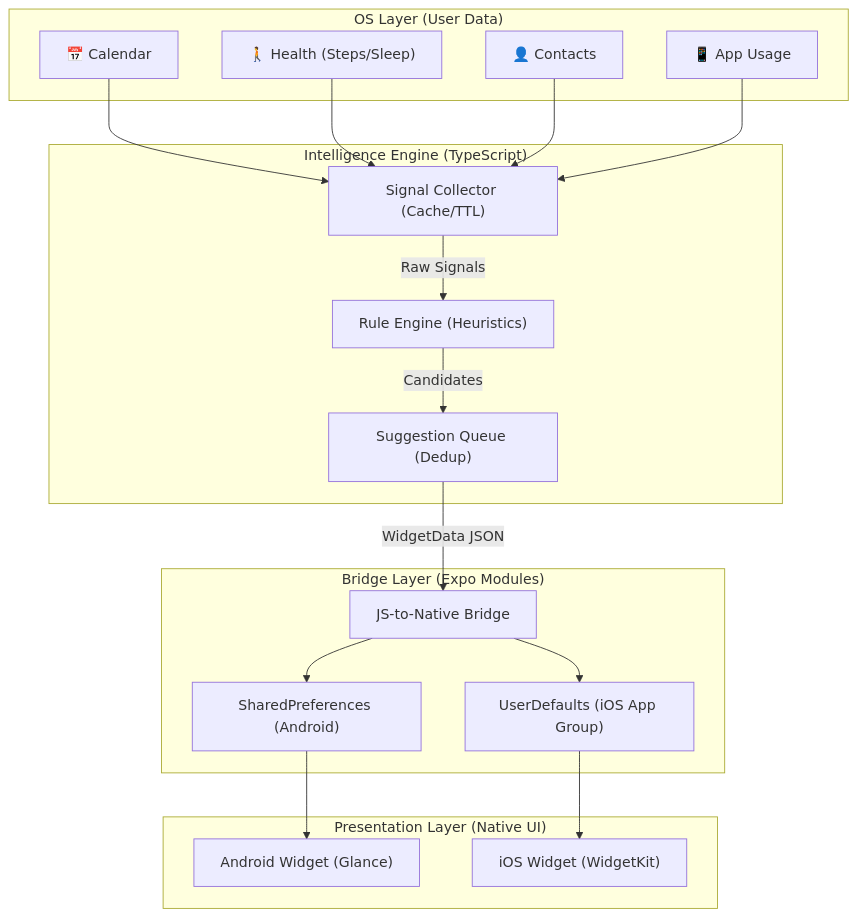
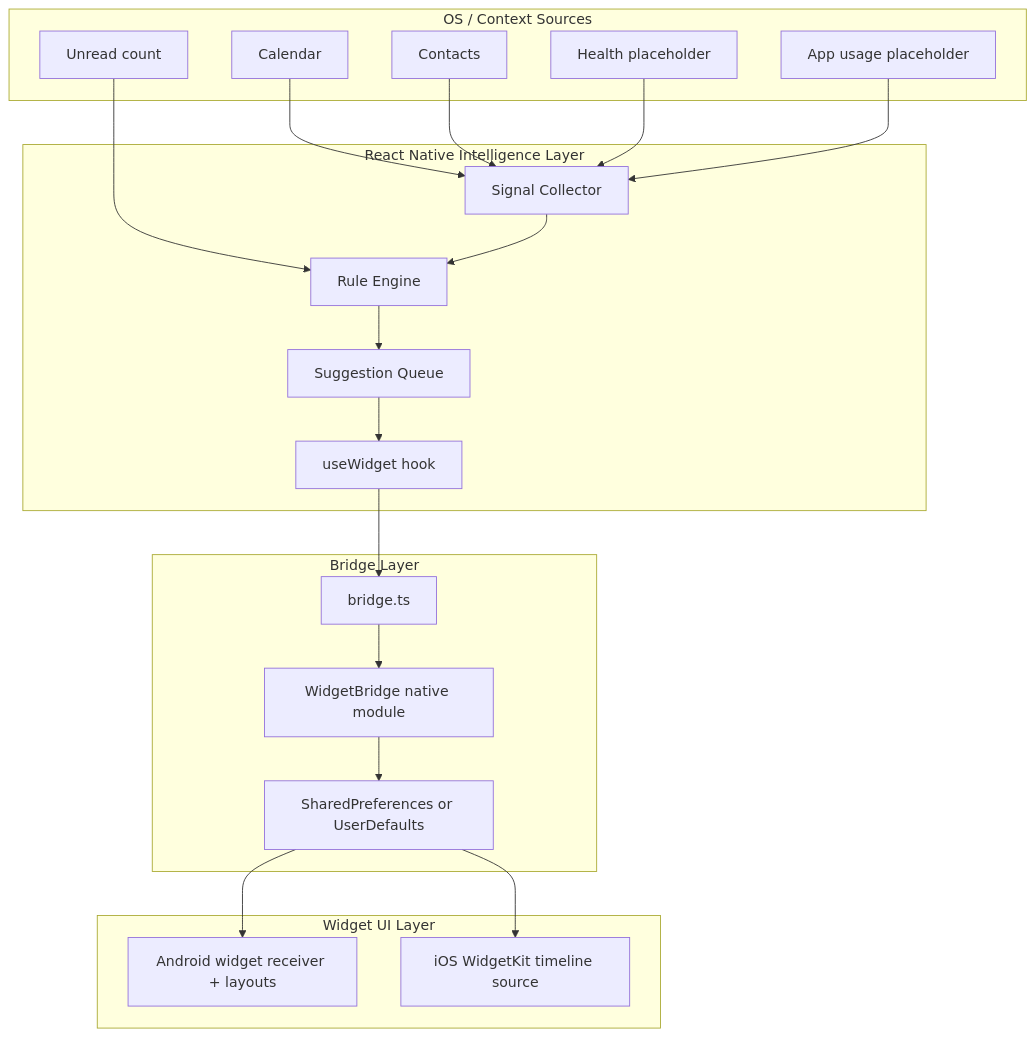
One commit to Galabavamsi/rumikai changed the first of 2 diagrams in README.md. Above: the diagram before and after it, drawn with Mermaid. The commit also changed other lines of this file, not shown here.

Commit message:
docs: update README for clarity and structure, enhance project overview and signal processing details

````diff
--- a/README.md
+++ b/README.md
@@ -49,35 +50,43 @@
 ```mermaid
 graph TD
-    subgraph "OS Layer (User Data)"
-        Cal["📅 Calendar"]
-        Hea["🚶 Health (Steps/Sleep)"]
-        Con["👤 Contacts"]
-        App["📱 App Usage"]
+    subgraph "OS / Context Sources"
+        CAL[Calendar]
+        CON[Contacts]
+        HEA[Health placeholder]
+        MSG[Unread count]
+        APP[App usage placeholder]
     end
 
-    subgraph "Intelligence Engine (TypeScript)"
-        SC["Signal Collector (Cache/TTL)"]
-        RE["Rule Engine (Heuristics)"]
-        SQ["Suggestion Queue (Dedup)"]
+    subgraph "React Native Intelligence Layer"
+        SC[Signal Collector]
+        RE[Rule Engine]
+        SQ[Suggestion Queue]
+        HOOK[useWidget hook]
     end
 
-    subgraph "Bridge Layer (Expo Modules)"
-        EB["JS-to-Native Bridge"]
-        SP["SharedPreferences (Android)"]
-        UD["UserDefaults (iOS App Group)"]
+    subgraph "Bridge Layer"
+        JSB[bridge.ts]
+        NATIVE[WidgetBridge native module]
+        STORE[SharedPreferences or UserDefaults]
     end
 
-    subgraph "Presentation Layer (Native UI)"
-        Android["Android Widget (Glance)"]
-        iOS["iOS Widget (WidgetKit)"]
+    subgraph "Widget UI Layer"
+        ANDR[Android widget receiver + layouts]
+        IOS[iOS WidgetKit timeline source]
     end
 
-    %% Data Flow
-    Cal & Hea & Con & App --> SC
-    SC -->|Raw Signals| RE
-    RE -->|Candidates| SQ
-    SQ -->|WidgetData JSON| EB
-    EB --> SP & UD
-    SP --> Android
-    UD --> iOS
+    CAL --> SC
+    CON --> SC
+    HEA --> SC
+    APP --> SC
+    MSG --> RE
+
+    SC --> RE
+    RE --> SQ
+    SQ --> HOOK
+    HOOK --> JSB
+    JSB --> NATIVE
+    NATIVE --> STORE
+    STORE --> ANDR
+    STORE --> IOS
 ```
````
